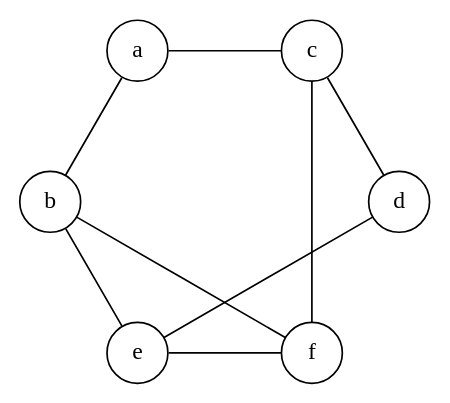
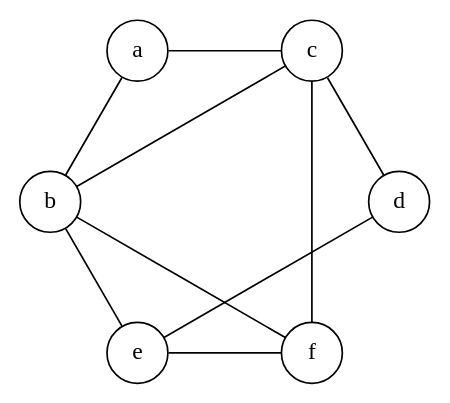
One commit to johnbender/cs-132-publish changed the first of 3 diagrams in 7.org. Above: the diagram before and after it, drawn with Graphviz. The commit also changed other lines of this file and 4 other files, not shown here.

Commit message:
fixed interference graph

```diff
--- a/7.org
+++ b/7.org
@@ -219,20 +219,21 @@
   #+begin_src dot :file assets/images/interference-graph.png :exports results
   digraph a {
   layout="circo";
   node[shape=circle];
   edge[arrowhead=none];
   a -> b
   a -> c
  
   b -> e
   b -> f
+  b -> c
 
   c -> d 
   c -> f
 
   d -> e
   
   e -> f
 
   }
   #+end_src
```
